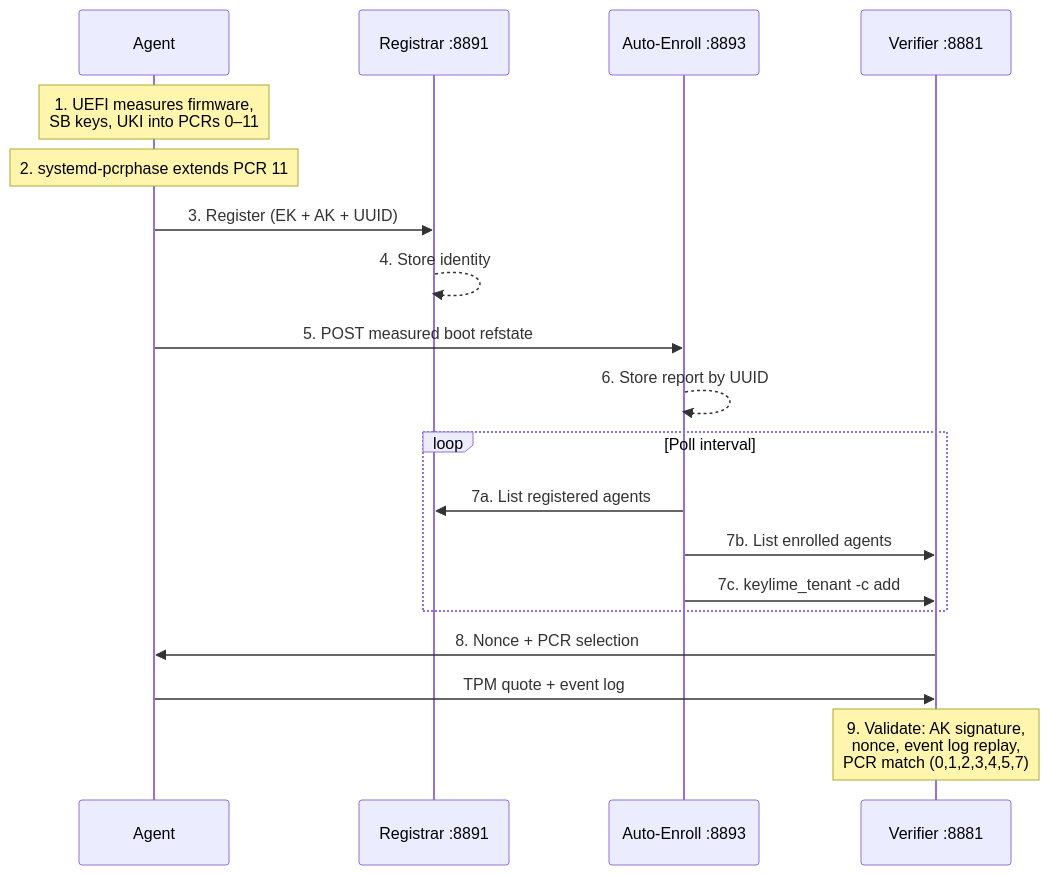
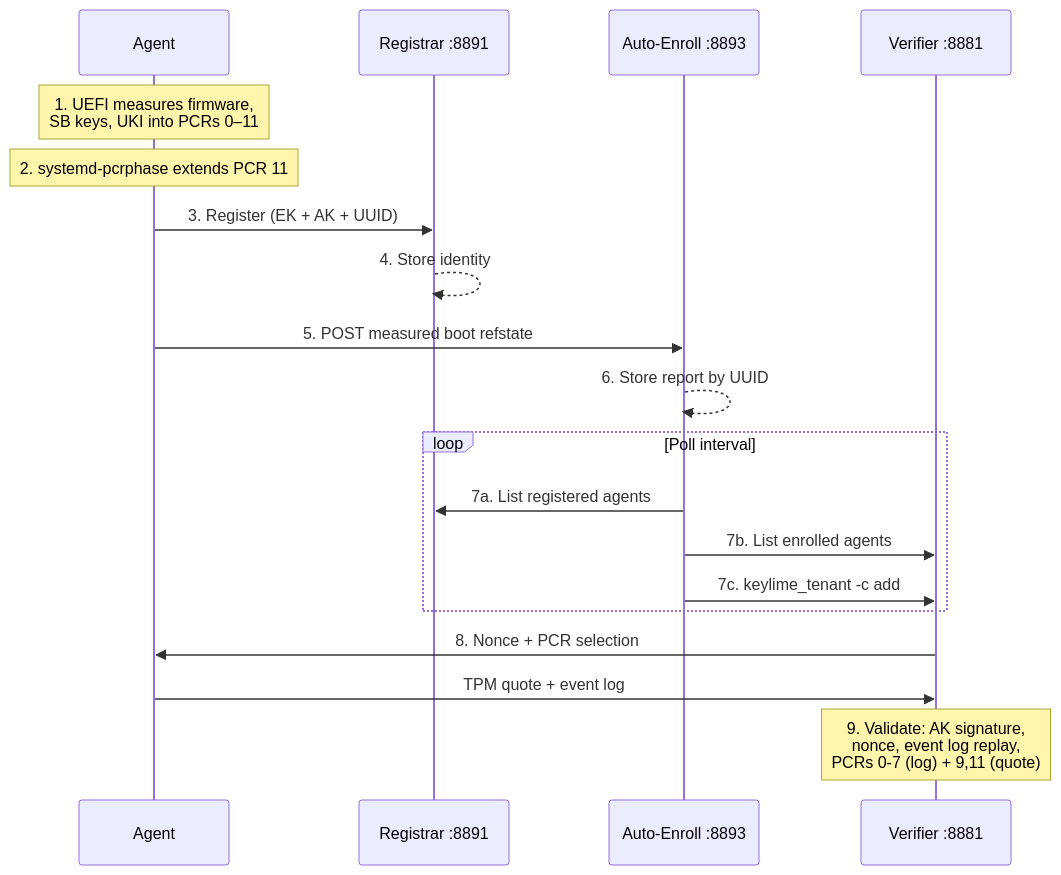
Before and after one commit to phaer/nixos-android-builder: the second of 2 diagrams in docs/chapters/attestation-protocol.qmd, drawn with Mermaid. The commit also changed 3 other files, not shown here.

````diff
--- a/docs/chapters/attestation-protocol.qmd
+++ b/docs/chapters/attestation-protocol.qmd
@@ -47,29 +47,29 @@
 ```{mermaid}
 %%| label: fig-boot-attestation-sequence
 %%| fig-width: 6
 %%| fig-cap: "Boot and attestation sequence"
 sequenceDiagram
     participant A as Agent
     participant R as Registrar :8891
     participant AE as Auto-Enroll :8893
     participant V as Verifier :8881
 
     Note over A: 1. UEFI measures firmware,<br/>SB keys, UKI into PCRs 0–11
     Note over A: 2. systemd-pcrphase extends PCR 11
 
     A->>R: 3. Register (EK + AK + UUID)
     R-->>R: 4. Store identity
 
     A->>AE: 5. POST measured boot refstate
     AE-->>AE: 6. Store report by UUID
 
     loop Poll interval
         AE->>R: 7a. List registered agents
         AE->>V: 7b. List enrolled agents
         AE->>V: 7c. keylime_tenant -c add
     end
 
     V->>A: 8. Nonce + PCR selection
     A->>V: TPM quote + event log
-    Note over V: 9. Validate: AK signature,<br/>nonce, event log replay,<br/>PCR match (0,1,2,3,4,5,7)
+    Note over V: 9. Validate: AK signature,<br/>nonce, event log replay,<br/>PCRs 0-7 (log) + 9,11 (quote)
 ```
````
